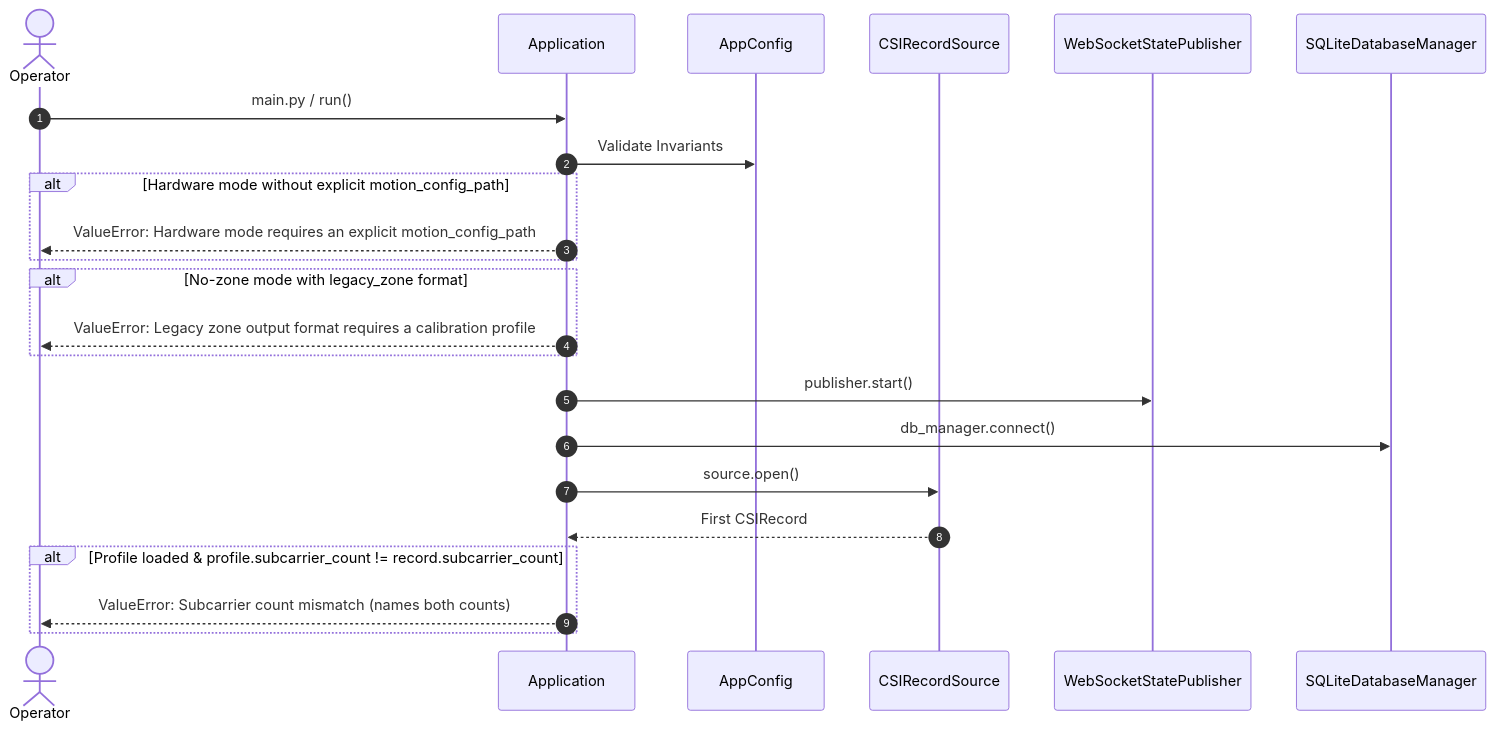
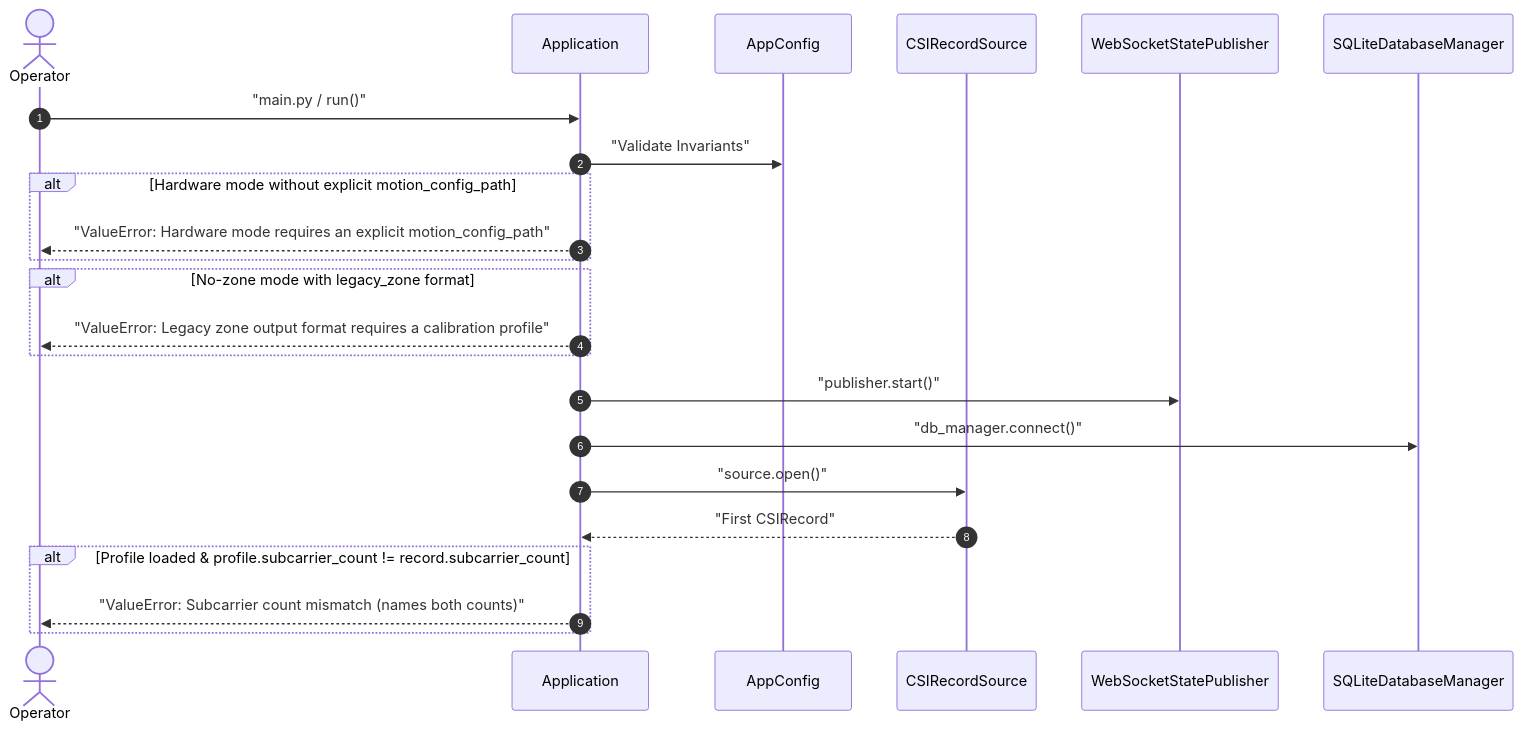
The second of 5 diagrams in docs/architecture/application-integration.md (Sjml007/WiSense), drawn with Mermaid before and after one commit. The commit also changed other lines of this file and 11 other files, not shown here.

````diff
--- a/docs/architecture/application-integration.md
+++ b/docs/architecture/application-integration.md
@@ -36,26 +36,26 @@
 ```mermaid
 sequenceDiagram
     autonumber
     actor Operator
     participant App as Application
     participant Cfg as AppConfig
     participant Source as CSIRecordSource
     participant Pub as WebSocketStatePublisher
     participant DB as SQLiteDatabaseManager
 
-    Operator->>App: main.py / run()
-    App->>Cfg: Validate Invariants
+    Operator->>App: "main.py / run()"
+    App->>Cfg: "Validate Invariants"
     alt Hardware mode without explicit motion_config_path
-        App-->>Operator: ValueError: Hardware mode requires an explicit motion_config_path
+        App-->>Operator: "ValueError: Hardware mode requires an explicit motion_config_path"
     end
     alt No-zone mode with legacy_zone format
-        App-->>Operator: ValueError: Legacy zone output format requires a calibration profile
+        App-->>Operator: "ValueError: Legacy zone output format requires a calibration profile"
     end
-    App->>Pub: publisher.start()
-    App->>DB: db_manager.connect()
-    App->>Source: source.open()
-    Source-->>App: First CSIRecord
+    App->>Pub: "publisher.start()"
+    App->>DB: "db_manager.connect()"
+    App->>Source: "source.open()"
+    Source-->>App: "First CSIRecord"
     alt Profile loaded & profile.subcarrier_count != record.subcarrier_count
-        App-->>Operator: ValueError: Subcarrier count mismatch (names both counts)
+        App-->>Operator: "ValueError: Subcarrier count mismatch (names both counts)"
     end
 ```
````
